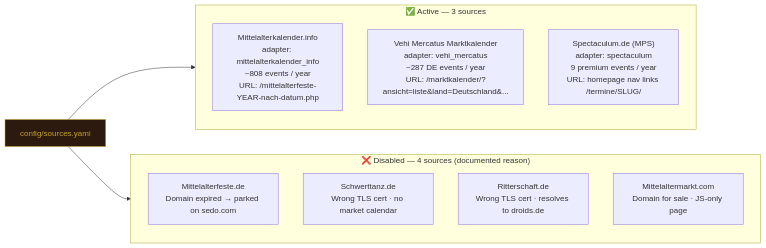
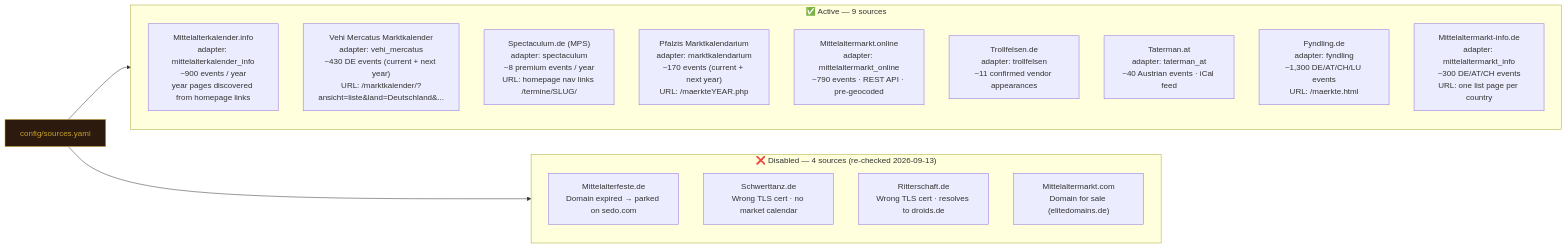
The sixth of 9 diagrams in docs/architecture.md (marcelpetrick/RitterRadar), drawn with Mermaid before and after one commit. The commit also changed other lines of this file and 4 other files, not shown here.

````diff
--- a/docs/architecture.md
+++ b/docs/architecture.md
@@ -299,22 +299,28 @@
 ```mermaid
 graph LR
     YAML["config/sources.yaml"]:::config
 
-    subgraph ACTIVE["✅ Active — 3 sources"]
-        MKI["Mittelalterkalender.info\nadapter: mittelalterkalender_info\n~808 events / year\nURL: /mittelalterfeste-YEAR-nach-datum.php"]
-        VHM["Vehi Mercatus Marktkalender\nadapter: vehi_mercatus\n~287 DE events / year\nURL: /marktkalender/?ansicht=liste&land=Deutschland&..."]
-        SPE["Spectaculum.de (MPS)\nadapter: spectaculum\n9 premium events / year\nURL: homepage nav links /termine/SLUG/"]
+    subgraph ACTIVE["✅ Active — 9 sources"]
+        MKI["Mittelalterkalender.info\nadapter: mittelalterkalender_info\n~900 events / year\nyear pages discovered from homepage links"]
+        VHM["Vehi Mercatus Marktkalender\nadapter: vehi_mercatus\n~430 DE events (current + next year)\nURL: /marktkalender/?ansicht=liste&land=Deutschland&..."]
+        SPE["Spectaculum.de (MPS)\nadapter: spectaculum\n~8 premium events / year\nURL: homepage nav links /termine/SLUG/"]
+        MKA["Pfalzis Marktkalendarium\nadapter: marktkalendarium\n~170 events (current + next year)\nURL: /maerkteYEAR.php"]
+        MMO["Mittelaltermarkt.online\nadapter: mittelaltermarkt_online\n~790 events · REST API · pre-geocoded"]
+        TRO["Trollfelsen.de\nadapter: trollfelsen\n~11 confirmed vendor appearances"]
+        TAT["Taterman.at\nadapter: taterman_at\n~40 Austrian events · iCal feed"]
+        FYN["Fyndling.de\nadapter: fyndling\n~1,300 DE/AT/CH/LU events\nURL: /maerkte.html"]
+        MMI["Mittelaltermarkt-info.de\nadapter: mittelaltermarkt_info\n~300 DE/AT/CH events\nURL: one list page per country"]
     end
 
-    subgraph DISABLED["❌ Disabled — 4 sources (documented reason)"]
+    subgraph DISABLED["❌ Disabled — 4 sources (re-checked 2026-09-13)"]
         D1["Mittelalterfeste.de\nDomain expired → parked on sedo.com"]
         D2["Schwerttanz.de\nWrong TLS cert · no market calendar"]
         D3["Ritterschaft.de\nWrong TLS cert · resolves to droids.de"]
-        D4["Mittelaltermarkt.com\nDomain for sale · JS-only page"]
+        D4["Mittelaltermarkt.com\nDomain for sale (elitedomains.de)"]
     end
 
     YAML --> ACTIVE
     YAML --> DISABLED
 
     classDef config fill:#2c1a0e,color:#c5a028,stroke:#c5a028
 ```
````
